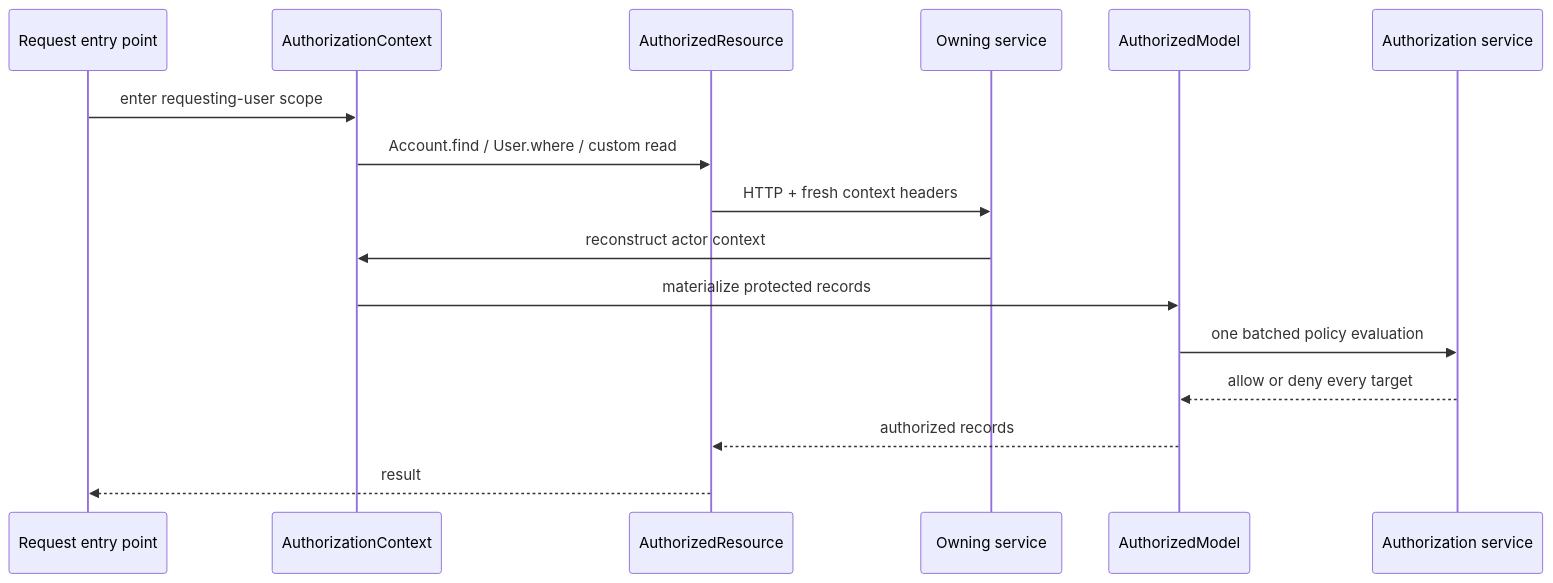
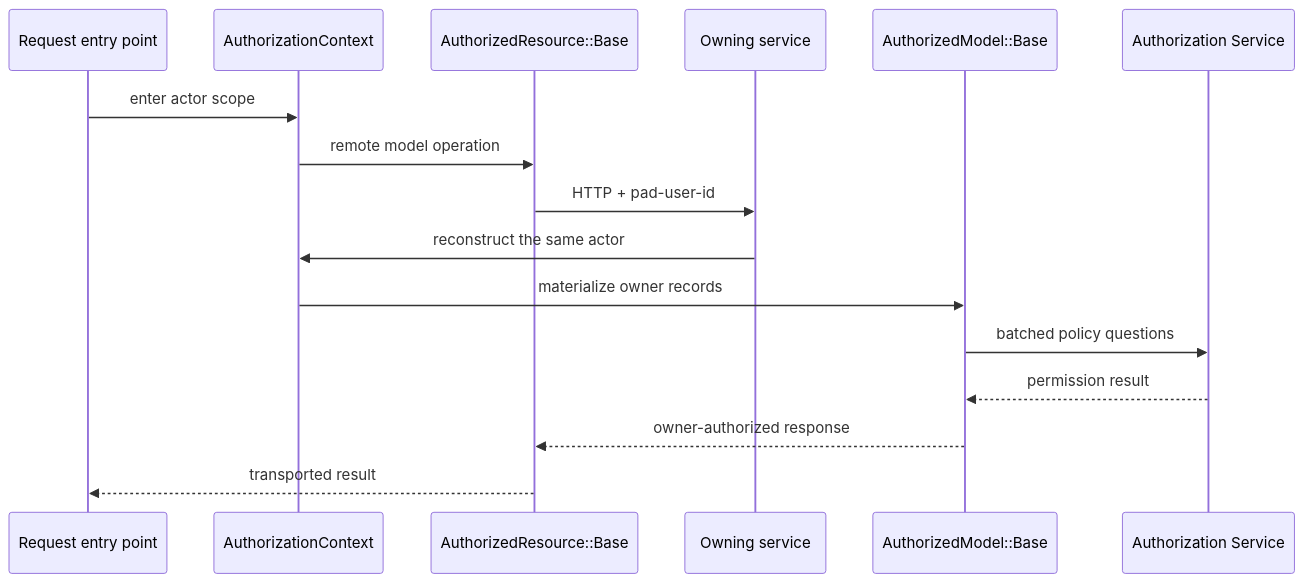
Before and after one commit to meleneth/whirred-io: the diagram in docs/articles/series/IAM-System-Demo/dev-affordances-explicit-authorization-boundaries.md, drawn with Mermaid. The commit also changed other lines of this file and 23 other files, not shown here.

````diff
--- a/docs/articles/series/IAM-System-Demo/dev-affordances-explicit-authorization-boundaries.md
+++ b/docs/articles/series/IAM-System-Demo/dev-affordances-explicit-authorization-boundaries.md
@@ -25,19 +17,19 @@
 ```mermaid
 sequenceDiagram
   participant Entry as Request entry point
   participant Context as AuthorizationContext
-  participant Remote as AuthorizedResource
-  participant API as Owning service
-  participant Model as AuthorizedModel
-  participant Auth as Authorization service
+  participant Remote as AuthorizedResource::Base
+  participant Owner as Owning service
+  participant Model as AuthorizedModel::Base
+  participant Auth as Authorization Service
 
-  Entry->>Context: enter requesting-user scope
-  Context->>Remote: Account.find / User.where / custom read
-  Remote->>API: HTTP + fresh context headers
-  API->>Context: reconstruct actor context
-  Context->>Model: materialize protected records
-  Model->>Auth: one batched policy evaluation
-  Auth-->>Model: allow or deny every target
-  Model-->>Remote: authorized records
-  Remote-->>Entry: result
+  Entry->>Context: enter actor scope
+  Context->>Remote: remote model operation
+  Remote->>Owner: HTTP + pad-user-id
+  Owner->>Context: reconstruct the same actor
+  Context->>Model: materialize owner records
+  Model->>Auth: batched policy questions
+  Auth-->>Model: permission result
+  Model-->>Remote: owner-authorized response
+  Remote-->>Entry: transported result
 ```
````
